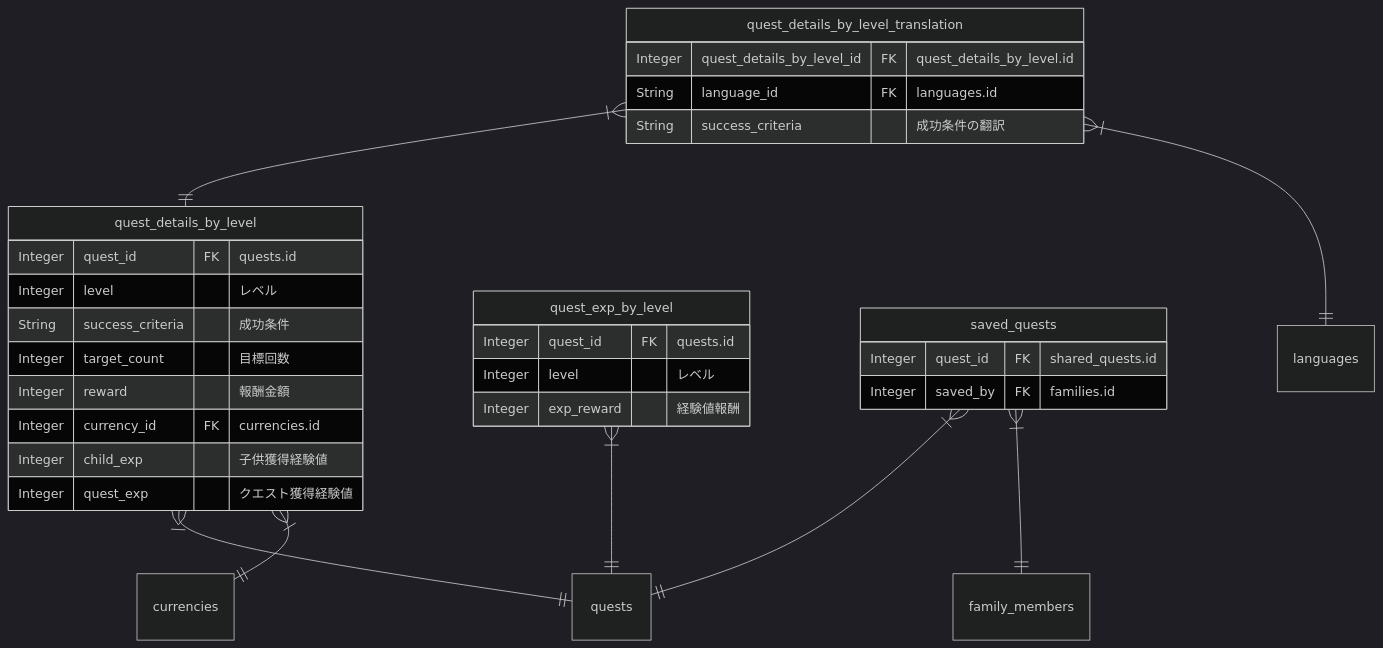
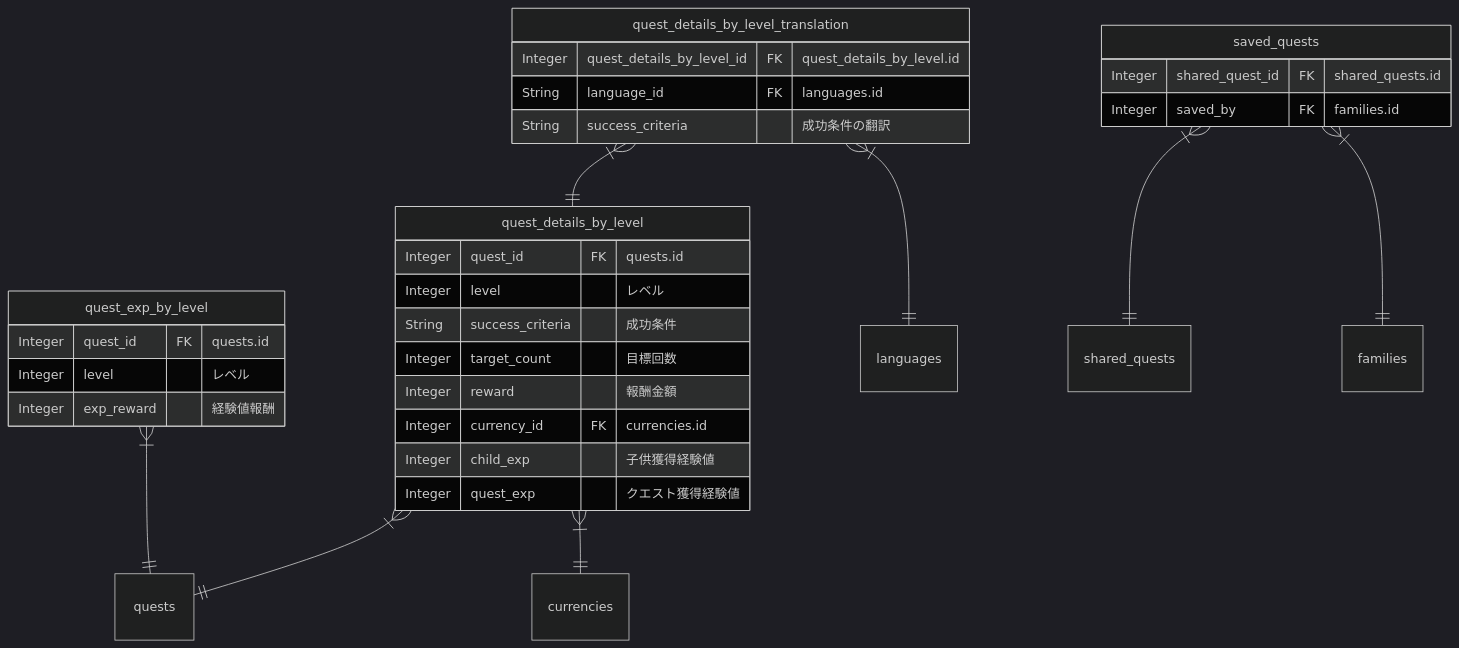
Diagram 14 of 17 in apps/api/docs/ja/uml/erd.md (shuhei1101/allowance-questboard), drawn with Mermaid (dark theme) before and after one commit. The commit also changed other lines of this file, not shown here.

Commit message:
Complete ERD updates for quest entities and other remaining differences

````diff
--- a/apps/api/docs/ja/uml/erd.md
+++ b/apps/api/docs/ja/uml/erd.md
@@ -537,40 +539,40 @@
 ```mermaid
 %% quest/mechanics
 erDiagram
     quest_details_by_level {
         Integer quest_id FK "quests.id"
         Integer level "レベル"
         String success_criteria "成功条件"
         Integer target_count "目標回数"
         Integer reward "報酬金額"
         Integer currency_id FK "currencies.id"
         Integer child_exp "子供獲得経験値"
         Integer quest_exp "クエスト獲得経験値"
     }
 
     quest_details_by_level_translation {
         Integer quest_details_by_level_id FK "quest_details_by_level.id"
         String language_id FK "languages.id"
         String success_criteria "成功条件の翻訳"
     }
 
     quest_exp_by_level {
         Integer quest_id FK "quests.id"
         Integer level "レベル"
         Integer exp_reward "経験値報酬"
     }
 
     saved_quests {
-        Integer quest_id FK "shared_quests.id"
+        Integer shared_quest_id FK "shared_quests.id"
         Integer saved_by FK "families.id"
     }
 
     %% Relationships
     quest_details_by_level }|--|| quests: ""
     quest_details_by_level }|--|| currencies: ""
     quest_details_by_level_translation }|--|| quest_details_by_level: ""
     quest_details_by_level_translation }|--|| languages: ""
     quest_exp_by_level }|--|| quests: ""
-    saved_quests }|--|| quests: ""
-    saved_quests }|--|| family_members: ""
+    saved_quests }|--|| shared_quests: ""
+    saved_quests }|--|| families: ""
 ```
````
